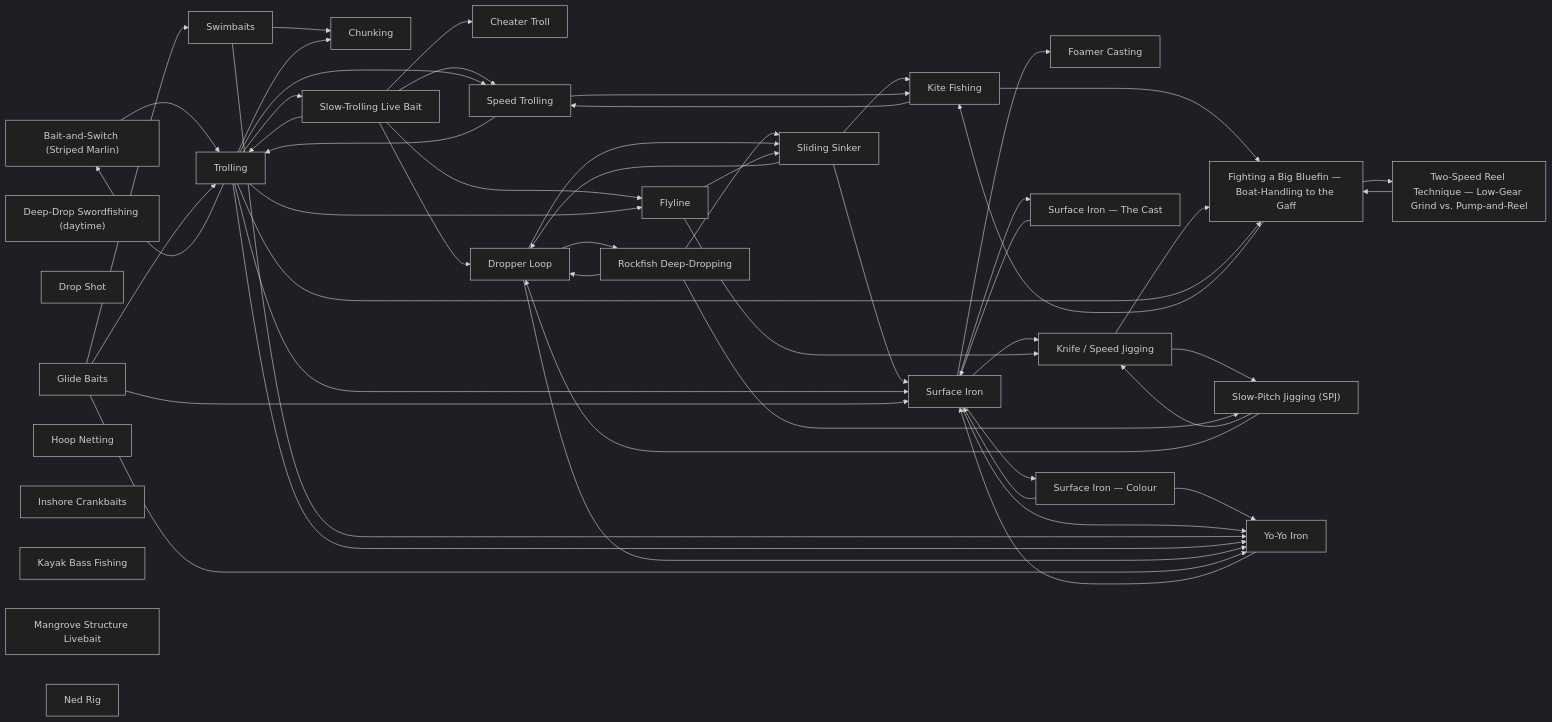
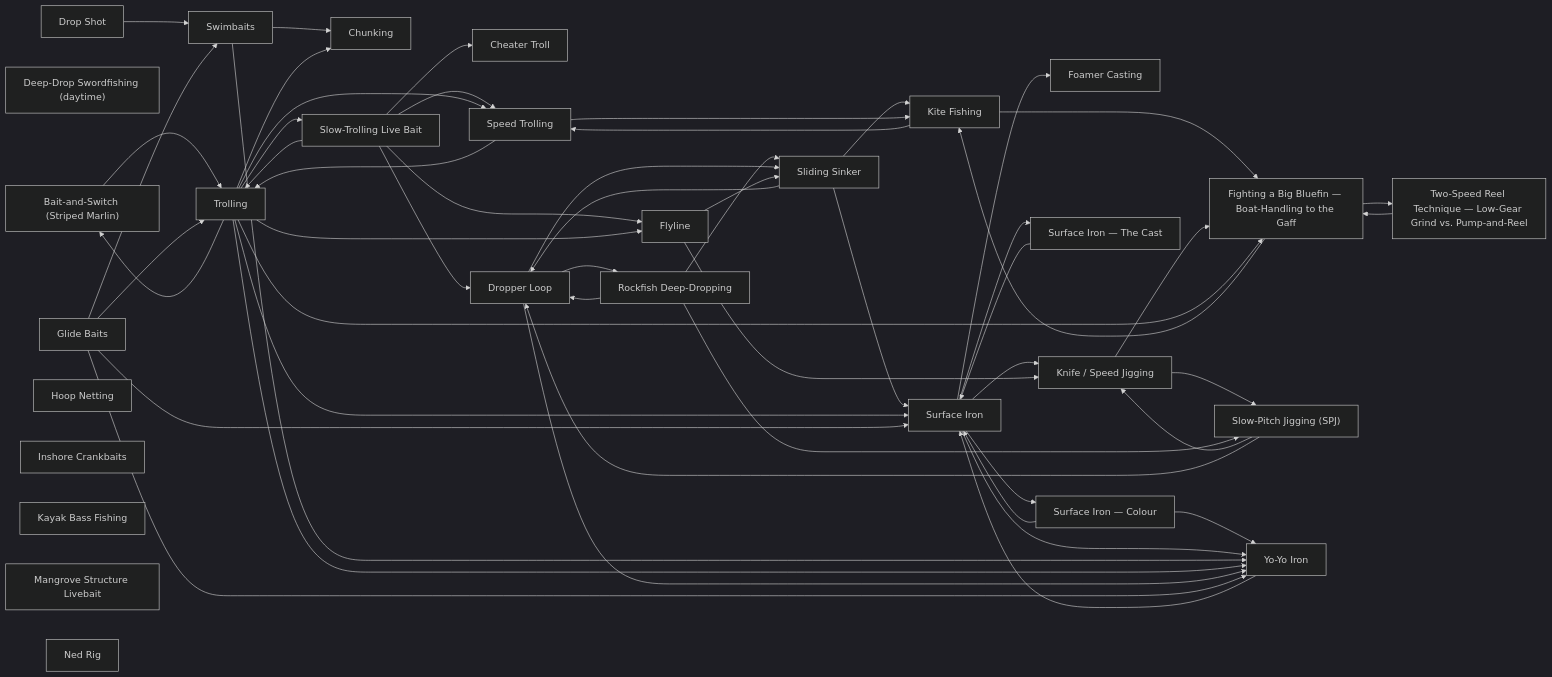
Before and after one commit to camchuckpete-max/Socal-Fishing-Knowledge: the diagram in techniques/README.md, drawn with Mermaid (dark theme). The commit also changed 6 other files, not shown here.

```diff
--- a/techniques/README.md
+++ b/techniques/README.md
@@ -110,6 +110,7 @@
   n26 --> n7
   n27 --> n6
   n28 --> n24
+  n4 --> n25
   n5 --> n17
   n5 --> n18
   n5 --> n28
```
